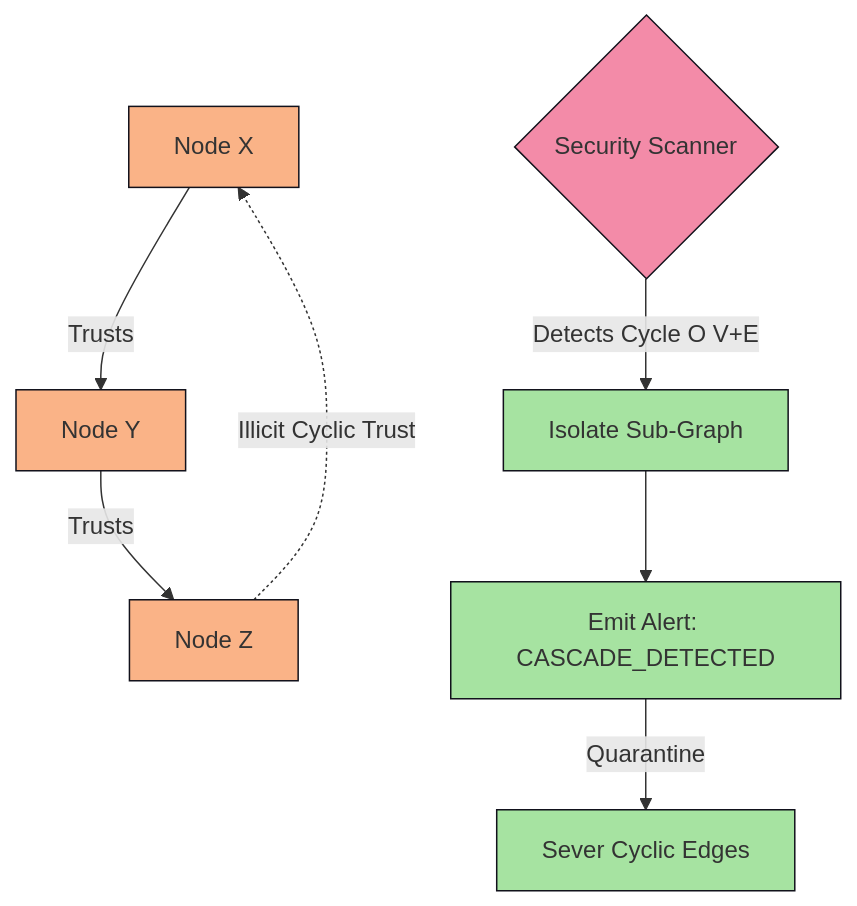
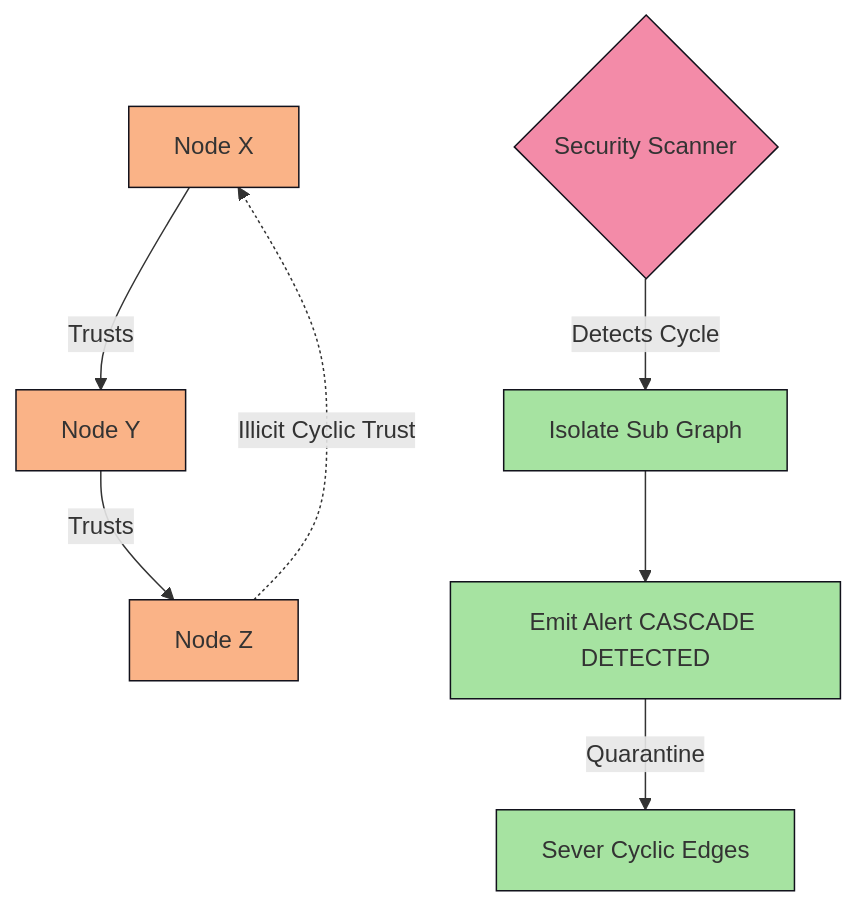
The sixth of 30 diagrams in README.md (MrDecryptDecipher/Agent-Trust), drawn with Mermaid before and after one commit. The commit also changed other lines of this file, not shown here.

````diff
--- a/README.md
+++ b/README.md
@@ -138,14 +138,14 @@
 ```mermaid
-graph TD
-    classDef vuln fill:#fab387,stroke:#11111b;
-    classDef safe fill:#a6e3a1,stroke:#11111b;
-    classDef defense fill:#f38ba8,stroke:#11111b;
+flowchart TD
+    classDef vuln fill:#fab387,stroke:#11111b
+    classDef safe fill:#a6e3a1,stroke:#11111b
+    classDef defense fill:#f38ba8,stroke:#11111b
 
     X["Node X"]:::vuln -->|Trusts| Y["Node Y"]:::vuln
     Y -->|Trusts| Z["Node Z"]:::vuln
-    Z -. "Illicit Cyclic Trust" .-> X
+    Z -.->|Illicit Cyclic Trust| X
     
-    Alert{"Security Scanner"}:::defense -- "Detects Cycle O V+E" --> B["Isolate Sub-Graph"]:::safe
-    B --> C["Emit Alert: CASCADE_DETECTED"]:::safe
-    C -- "Quarantine" --> D["Sever Cyclic Edges"]:::safe
+    Alert{"Security Scanner"}:::defense -->|Detects Cycle| B["Isolate Sub Graph"]:::safe
+    B --> C["Emit Alert CASCADE DETECTED"]:::safe
+    C -->|Quarantine| D["Sever Cyclic Edges"]:::safe
 ```
````
